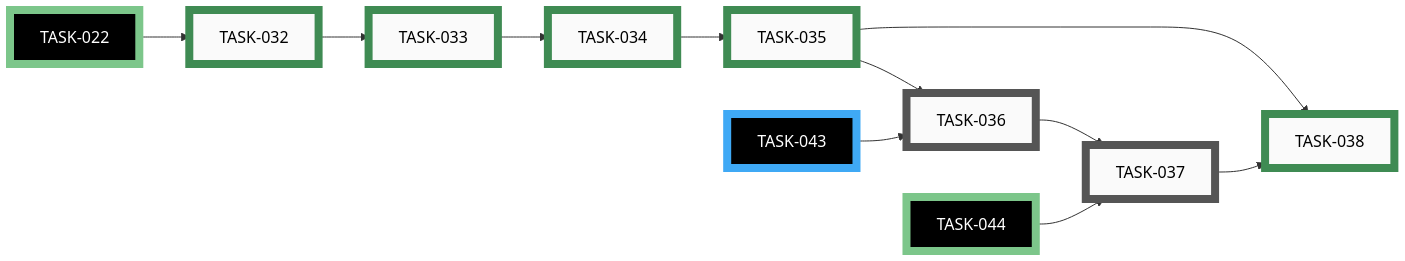
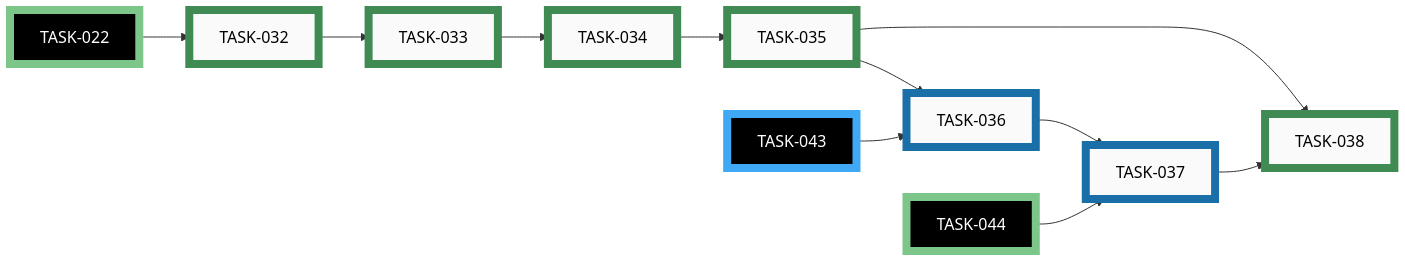
One commit to tgd1975/PartsLedger changed the fifth of 9 diagrams in docs/developers/tasks/EPICS.md. Above: the diagram before and after it, drawn with Mermaid. The commit also changed other lines of this file and 9 other files, not shown here.

First line of the commit message:
capture: recognition overlay state machine + R/X/U dispatch (TASK-036/037)

````diff
--- a/docs/developers/tasks/EPICS.md
+++ b/docs/developers/tasks/EPICS.md
@@ -244,41 +244,41 @@
 ```mermaid
 graph LR
-    TASK_036["TASK-036"]:::open
-    TASK_037["TASK-037"]:::open
+    TASK_036["TASK-036"]:::active
+    TASK_037["TASK-037"]:::active
     TASK_032["TASK-032"]:::closed
     TASK_033["TASK-033"]:::closed
     TASK_034["TASK-034"]:::closed
     TASK_035["TASK-035"]:::closed
     TASK_038["TASK-038"]:::closed
     TASK_022["TASK-022"]:::closedExt
     TASK_043["TASK-043"]:::activeExt
     TASK_044["TASK-044"]:::closedExt
     TASK_035 --> TASK_036
     TASK_043 --> TASK_036
     TASK_036 --> TASK_037
     TASK_044 --> TASK_037
     TASK_022 --> TASK_032
     TASK_032 --> TASK_033
     TASK_033 --> TASK_034
     TASK_034 --> TASK_035
     TASK_035 --> TASK_038
     TASK_037 --> TASK_038
-    click TASK_036 "open/task-036-recognition-overlay-state-machine.md"
-    click TASK_037 "open/task-037-secondary-key-dispatch.md"
+    click TASK_036 "active/task-036-recognition-overlay-state-machine.md"
+    click TASK_037 "active/task-037-secondary-key-dispatch.md"
     click TASK_032 "closed/task-032-camera-selection-wizard.md"
     click TASK_033 "closed/task-033-live-viewfinder-overlays.md"
     click TASK_034 "closed/task-034-capture-trigger-and-still.md"
     click TASK_035 "closed/task-035-camera-cli-wrapper.md"
     click TASK_038 "closed/task-038-capture-slash-skill.md"
     click TASK_022 "closed/task-022-adopt-src-layout.md"
     click TASK_043 "active/task-043-recognition-pipeline-glue.md"
     click TASK_044 "closed/task-044-undo-journal.md"
     classDef open    fill:#FAFAFA,stroke:#555,stroke-width:8px,color:#000
     classDef active  fill:#FAFAFA,stroke:#1A6FA8,stroke-width:8px,color:#000
     classDef closed  fill:#FAFAFA,stroke:#3F8B53,stroke-width:8px,color:#000
     classDef paused  fill:#FAFAFA,stroke:#B07810,stroke-width:8px,color:#000
     classDef openExt    fill:#000,stroke:#888,stroke-width:8px,color:#FFF
     classDef activeExt  fill:#000,stroke:#3FA9F5,stroke-width:8px,color:#FFF
     classDef closedExt  fill:#000,stroke:#7CC68A,stroke-width:8px,color:#FFF
     classDef pausedExt  fill:#000,stroke:#F0B030,stroke-width:8px,color:#FFF
 ```
````
